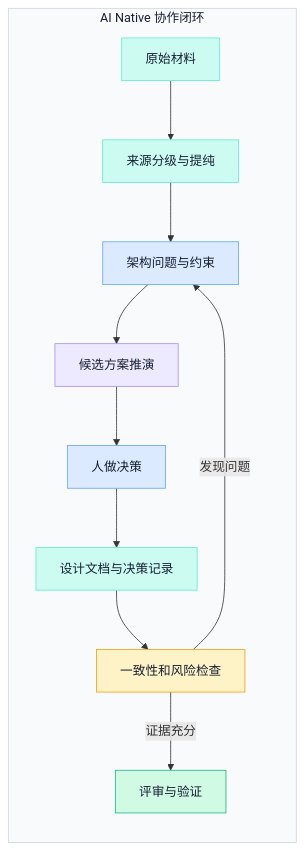
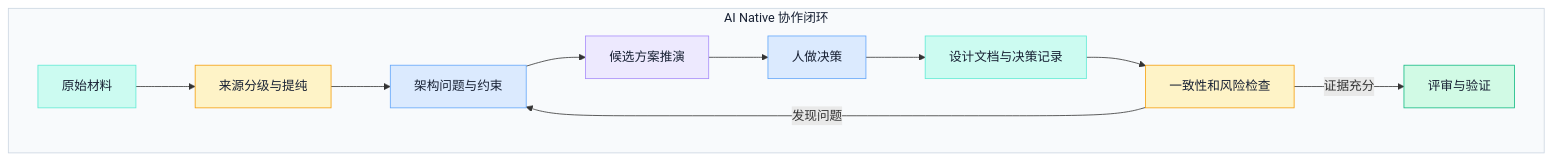
The first of 2 diagrams in backend/app/ai_notes/content/05-thinking-and-methods/01-ai-native-architecture-design.md (ink-hz/AI-Agent-Platform), drawn with Mermaid before and after one commit. The commit also changed other lines of this file and 5 other files, not shown here.

Commit message:
docs: finalize AI notes diagram quality

````diff
--- a/backend/app/ai_notes/content/05-thinking-and-methods/01-ai-native-architecture-design.md
+++ b/backend/app/ai_notes/content/05-thinking-and-methods/01-ai-native-architecture-design.md
@@ -24,26 +24,26 @@
 ```mermaid
-flowchart LR
+flowchart TB
     subgraph COLLAB["AI Native 协作闭环"]
         A["原始材料"] --> B["来源分级与提纯"]
         B --> C["架构问题与约束"]
         C --> D["候选方案推演"]
         D --> E["人做决策"]
         E --> F["设计文档与决策记录"]
         F --> G["一致性和风险检查"]
         G -->|"发现问题"| C
         G -->|"证据充分"| H["评审与验证"]
     end
 
     classDef input fill:#DBEAFE,stroke:#60A5FA,color:#172033
     classDef model fill:#EDE9FE,stroke:#A78BFA,color:#172033
     classDef data fill:#CCFBF1,stroke:#5EEAD4,color:#172033
     classDef policy fill:#FEF3C7,stroke:#F59E0B,color:#172033
     classDef success fill:#D1FAE5,stroke:#10B981,color:#172033
 
-    class A,B,F data
+    class A,F data
     class C,E input
     class D model
-    class G policy
+    class B,G policy
     class H success
     style COLLAB fill:#F8FAFC,stroke:#CBD5E1,color:#172033
 ```
````
